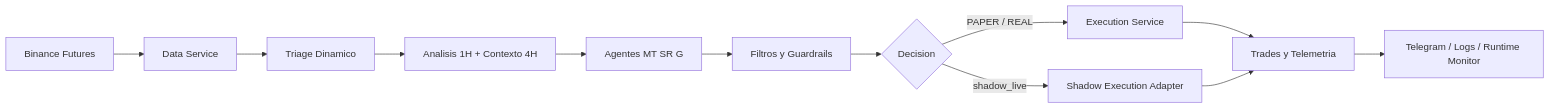
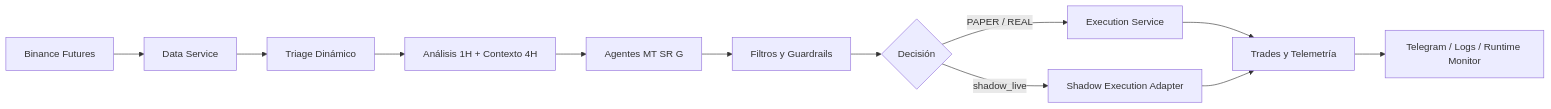
One commit to Rukawua26/Pbot-V5ARCH-DEV changed the diagram in README.md. Above: the diagram before and after it, drawn with Mermaid. The commit also changed other lines of this file and 1 other file, not shown here.

````diff
--- a/README.md
+++ b/README.md
@@ -66,14 +38,14 @@
 ```mermaid
 flowchart LR
     A[Binance Futures] --> B[Data Service]
-    B --> C[Triage Dinamico]
-    C --> D[Analisis 1H + Contexto 4H]
+    B --> C[Triage Dinámico]
+    C --> D[Análisis 1H + Contexto 4H]
     D --> E[Agentes MT SR G]
     E --> F[Filtros y Guardrails]
-    F --> G{Decision}
+    F --> G{Decisión}
     G -->|PAPER / REAL| H[Execution Service]
     G -->|shadow_live| I[Shadow Execution Adapter]
-    H --> J[Trades y Telemetria]
+    H --> J[Trades y Telemetría]
     I --> J
     J --> K[Telegram / Logs / Runtime Monitor]
 ```
````
